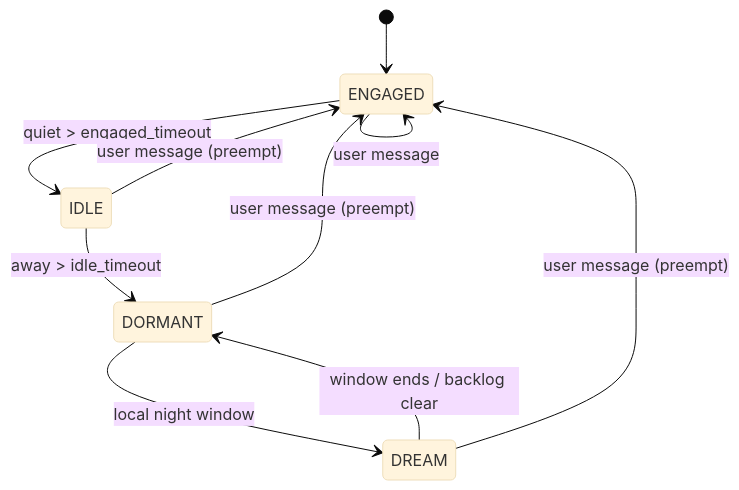
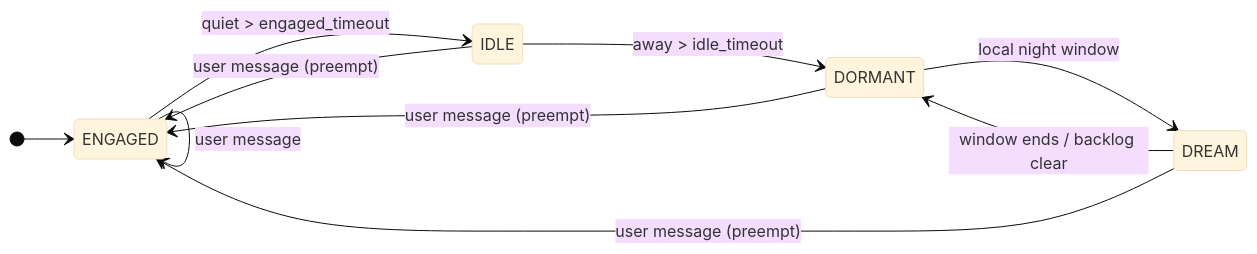
One commit to yuri-os/YuriOS changed the third of 4 diagrams in docs/whitepaper.md. Above: the diagram before and after it, drawn with Mermaid (base theme). The commit also changed other lines of this file, not shown here.

First line of the commit message:
whitepaper: untangle the architecture and §5 diagrams

````diff
--- a/docs/whitepaper.md
+++ b/docs/whitepaper.md
@@ -337,12 +338,13 @@
 ```mermaid
 stateDiagram-v2
+  direction LR
   [*] --> ENGAGED
   ENGAGED --> IDLE: quiet > engaged_timeout
   IDLE --> DORMANT: away > idle_timeout
   DORMANT --> DREAM: local night window
   DREAM --> DORMANT: window ends / backlog clear
+  ENGAGED --> ENGAGED: user message
   IDLE --> ENGAGED: user message (preempt)
   DORMANT --> ENGAGED: user message (preempt)
   DREAM --> ENGAGED: user message (preempt)
-  ENGAGED --> ENGAGED: user message
 ```
````
